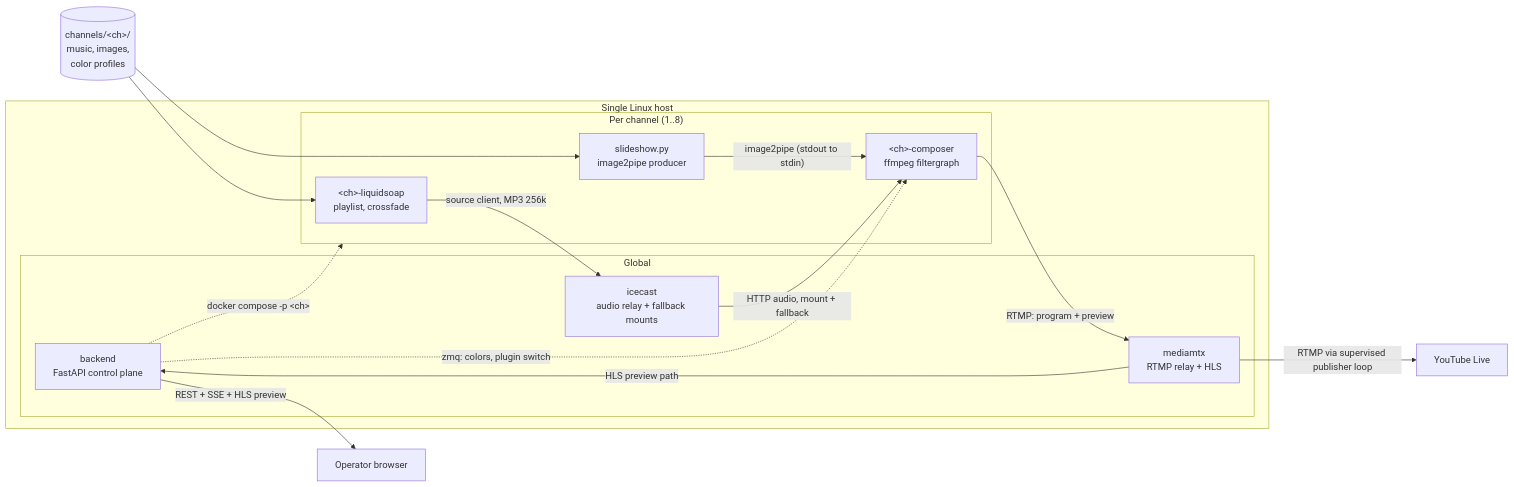
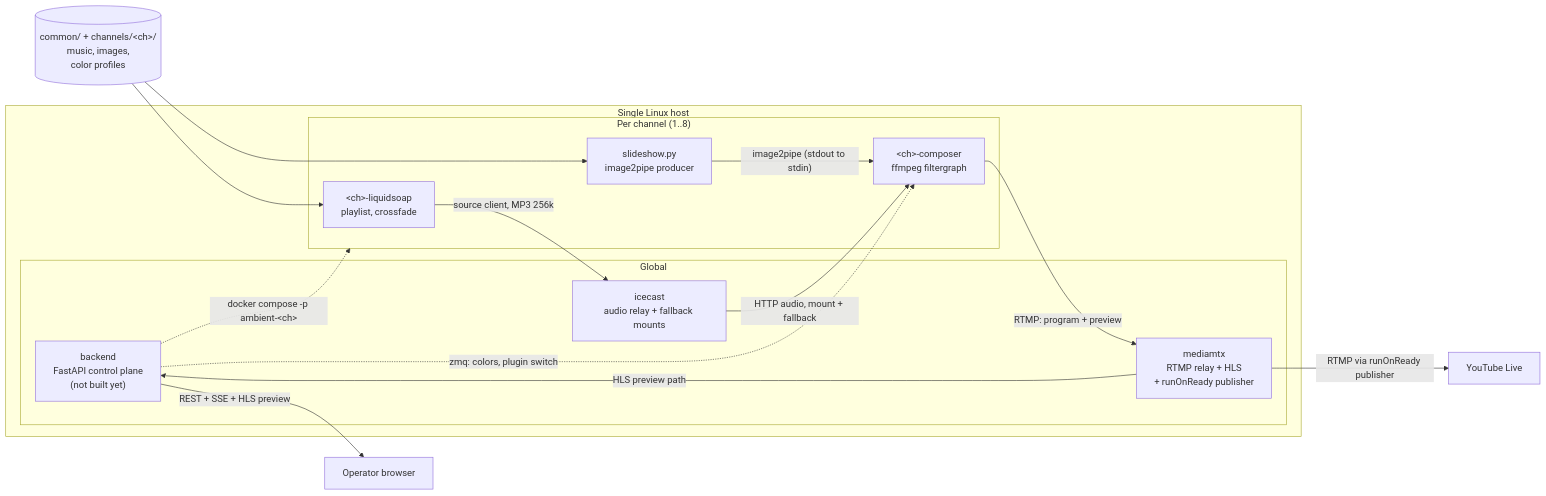
Before and after one commit to MikeKemmerer/ambient-streamer: the diagram in docs/architecture.md, drawn with Mermaid. The commit also changed other lines of this file and 14 other files, not shown here.

````diff
--- a/docs/architecture.md
+++ b/docs/architecture.md
@@ -336,30 +419,30 @@
 ```mermaid
 flowchart LR
     subgraph host["Single Linux host"]
         subgraph globals["Global"]
-            backend["backend<br/>FastAPI control plane"]
+            backend["backend<br/>FastAPI control plane<br/>(not built yet)"]
             ice["icecast<br/>audio relay + fallback mounts"]
-            relay["mediamtx<br/>RTMP relay + HLS"]
+            relay["mediamtx<br/>RTMP relay + HLS<br/>+ runOnReady publisher"]
         end
 
         subgraph chan["Per channel (1..8)"]
             liq["&lt;ch&gt;-liquidsoap<br/>playlist, crossfade"]
             slides["slideshow.py<br/>image2pipe producer"]
             comp["&lt;ch&gt;-composer<br/>ffmpeg filtergraph"]
         end
     end
 
-    media[("channels/&lt;ch&gt;/<br/>music, images,<br/>color profiles")]
+    media[("common/ + channels/&lt;ch&gt;/<br/>music, images,<br/>color profiles")]
 
     media --> liq
     media --> slides
     slides -->|"image2pipe (stdout to stdin)"| comp
     liq -->|"source client, MP3 256k"| ice
     ice -->|"HTTP audio, mount + fallback"| comp
-    backend -.->|"docker compose -p &lt;ch&gt;"| chan
+    backend -.->|"docker compose -p ambient-&lt;ch&gt;"| chan
     backend -.->|"zmq: colors, plugin switch"| comp
     comp -->|"RTMP: program + preview"| relay
-    relay -->|"RTMP via supervised publisher loop"| yt["YouTube Live"]
+    relay -->|"RTMP via runOnReady publisher"| yt["YouTube Live"]
     relay -->|"HLS preview path"| backend
     backend -->|"REST + SSE + HLS preview"| ui["Operator browser"]
 ```
````
